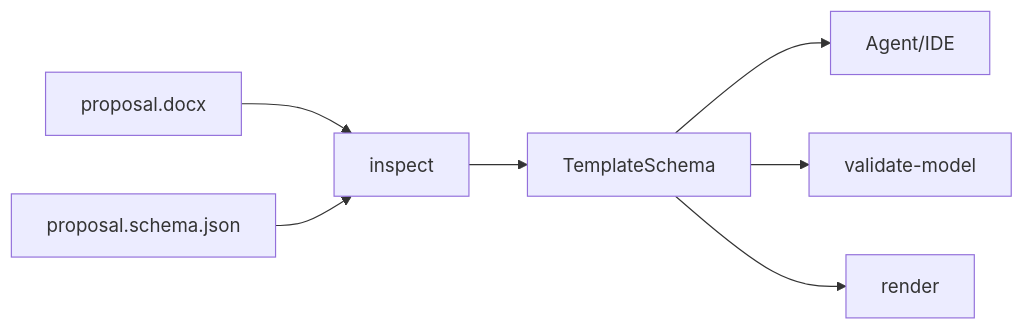
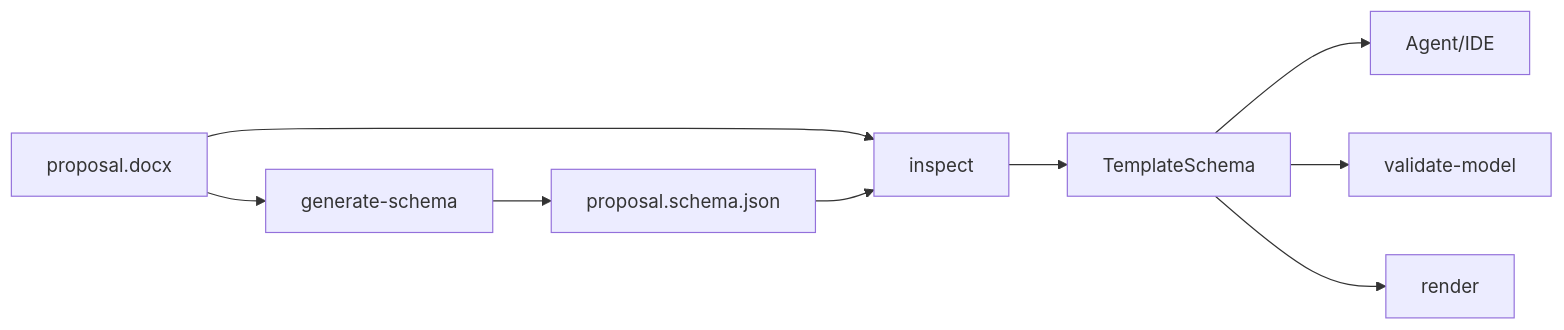
Before and after one commit to akode-dev/docxgen: the fifth of 5 diagrams in docs/architecture.md, drawn with Mermaid. The commit also changed other lines of this file and 32 other files, not shown here.

Commit message:
Add deterministic template schema generation

````diff
--- a/docs/architecture.md
+++ b/docs/architecture.md
@@ -120,9 +123,11 @@
 ```mermaid
 flowchart LR
-    DOCX["proposal.docx"] --> Inspect["inspect"]
-    Schema["proposal.schema.json"] --> Inspect
+    DOCX["proposal.docx"] --> Generate["generate-schema"]
+    Generate --> Schema["proposal.schema.json"]
+    DOCX --> Inspect["inspect"]
+    Schema --> Inspect
     Inspect --> Contract["TemplateSchema"]
     Contract --> Agent["Agent/IDE"]
     Contract --> Validate["validate-model"]
     Contract --> Render["render"]
 ```
````
